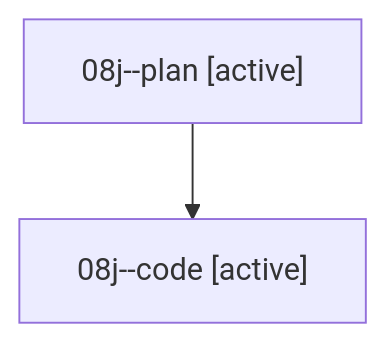
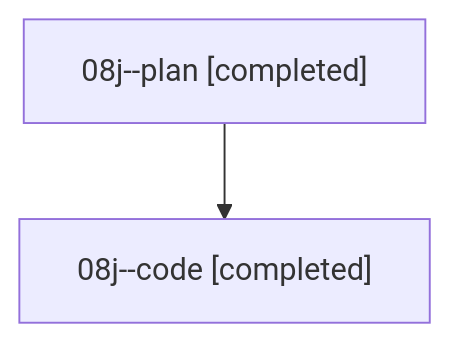
One commit to bobs-org/bob-cli--agents changed the diagram in families/bbugyi200.athena.08j.md. Above: the diagram before and after it, drawn with Mermaid. The commit also changed other lines of this file and 28 other files, not shown here.

````diff
--- a/families/bbugyi200.athena.08j.md
+++ b/families/bbugyi200.athena.08j.md
@@ -9,6 +9,6 @@
 ```mermaid
 flowchart TD
-  n0["08j--plan [active]"]
-  n1["08j--code [active]"]
+  n0["08j--plan [completed]"]
+  n1["08j--code [completed]"]
   n0 --> n1
 ```
````
